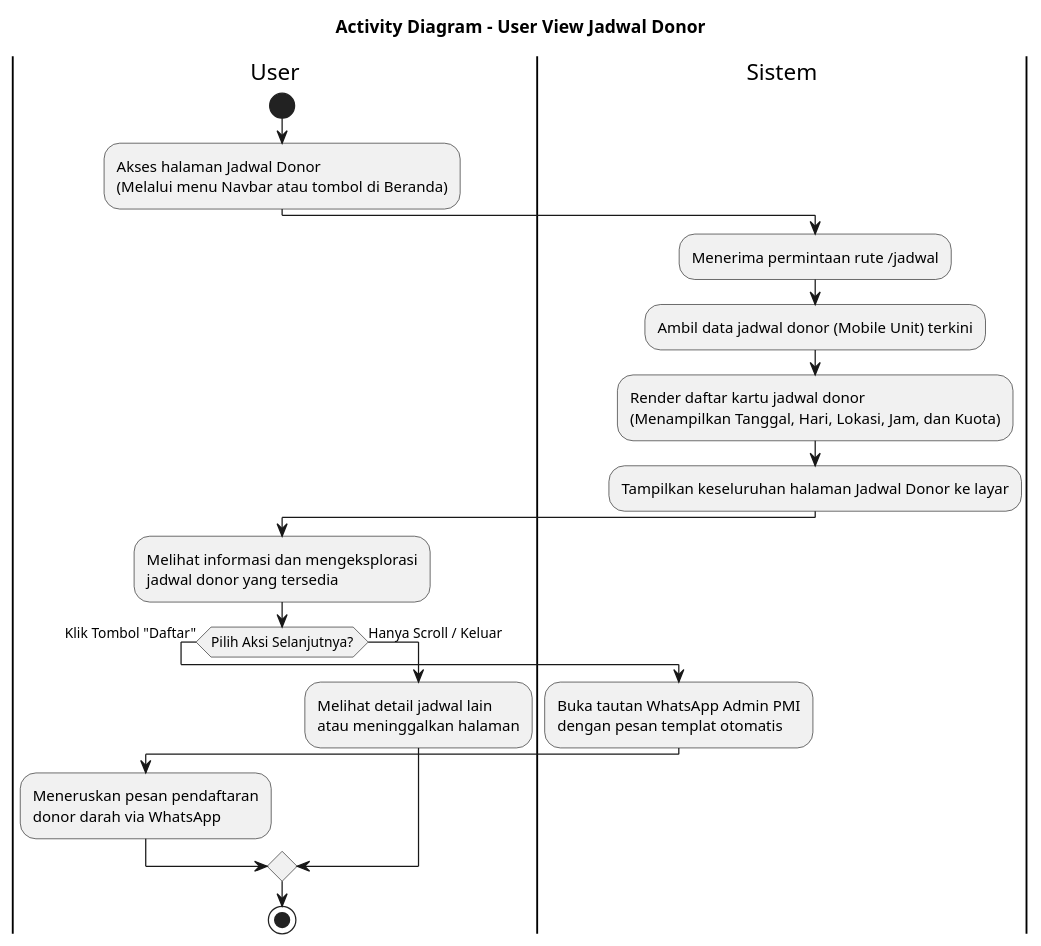
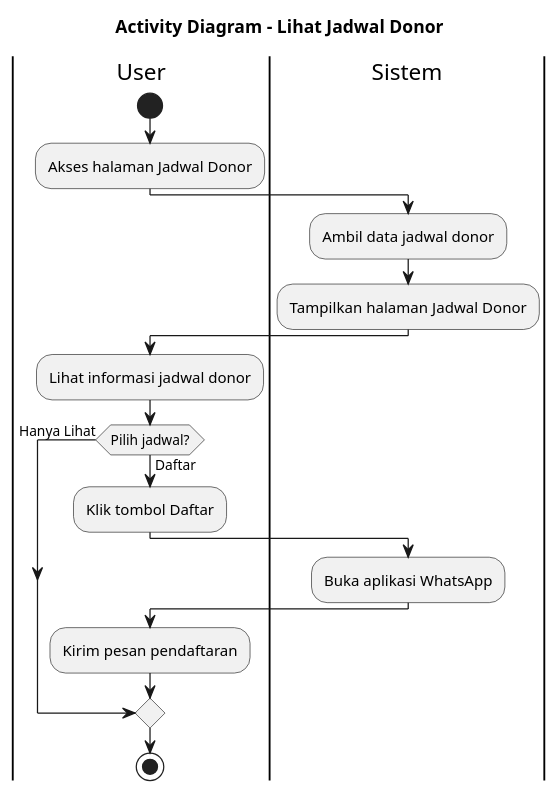
One commit to jaddu17/capstonepmikp changed the diagram in diagram/activitydiagram_user_view_jadwal.puml. Above: the diagram before and after it, drawn with PlantUML. The commit also changed 15 other files, not shown here.

Commit message:
activity diagram user

```diff
--- a/diagram/activitydiagram_user_view_jadwal.puml
+++ b/diagram/activitydiagram_user_view_jadwal.puml
@@ -1,30 +1,31 @@
 @startuml ACTIVITY_DIAGRAM_USER_VIEW_JADWAL
-title Activity Diagram - User View Jadwal Donor
+title Activity Diagram - Lihat Jadwal Donor
 
 |User|
 start
-:Akses halaman Jadwal Donor\n(Melalui menu Navbar atau tombol di Beranda);
+:Akses halaman Jadwal Donor;
 
 |Sistem|
-:Menerima permintaan rute /jadwal;
-:Ambil data jadwal donor (Mobile Unit) terkini;
-:Render daftar kartu jadwal donor\n(Menampilkan Tanggal, Hari, Lokasi, Jam, dan Kuota);
-:Tampilkan keseluruhan halaman Jadwal Donor ke layar;
+:Ambil data jadwal donor;
+:Tampilkan halaman Jadwal Donor;
 
 |User|
-:Melihat informasi dan mengeksplorasi\njadwal donor yang tersedia;
+:Lihat informasi jadwal donor;
 
-if (Pilih Aksi Selanjutnya?) then (Klik Tombol "Daftar")
-  |Sistem|
-  :Buka tautan WhatsApp Admin PMI\ndengan pesan templat otomatis;
-  |User|
-  :Meneruskan pesan pendaftaran\ndonor darah via WhatsApp;
-else (Hanya Scroll / Keluar)
-  |User|
-  :Melihat detail jadwal lain\natau meninggalkan halaman;
+if (Pilih jadwal?) then (Daftar)
+
+    :Klik tombol Daftar;
+
+    |Sistem|
+    :Buka aplikasi WhatsApp;
+
+    |User|
+    :Kirim pesan pendaftaran;
+
+else (Hanya Lihat)
+
 endif
 
 |User|
 stop
-
 @enduml
```
